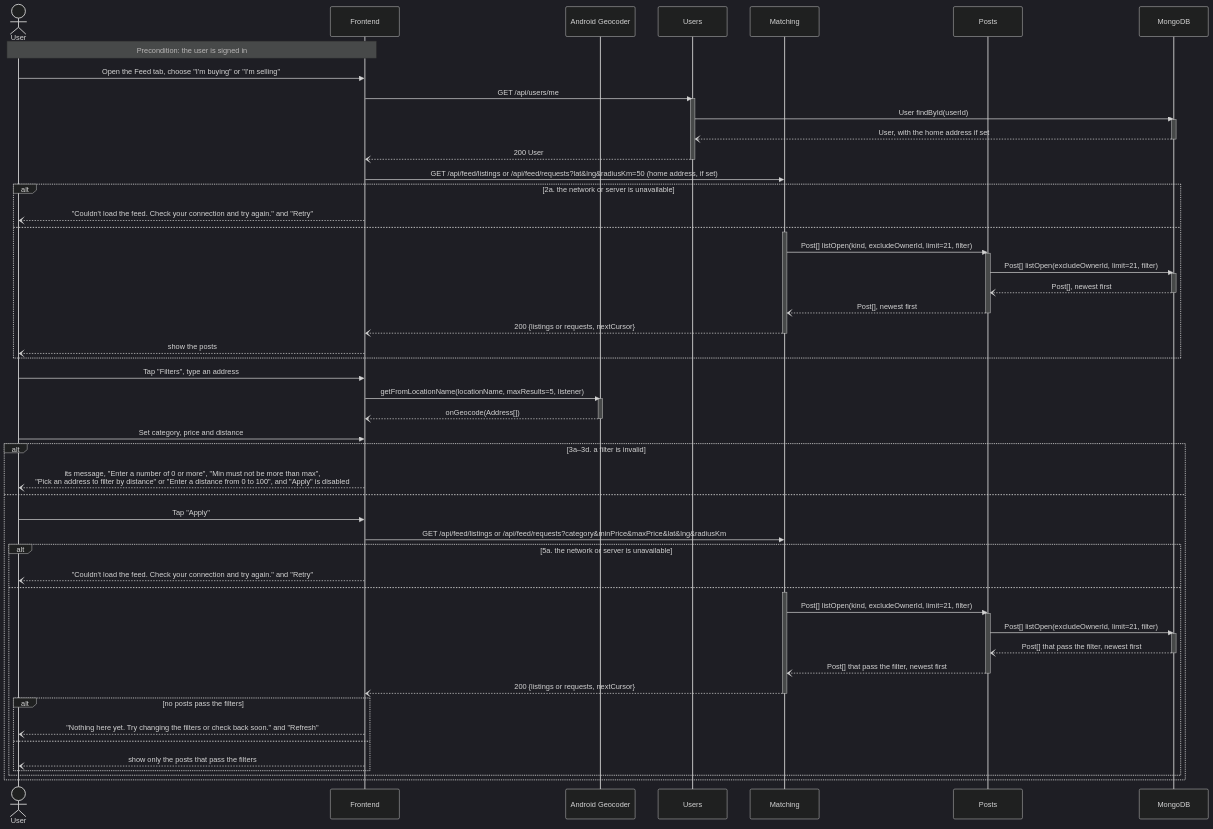
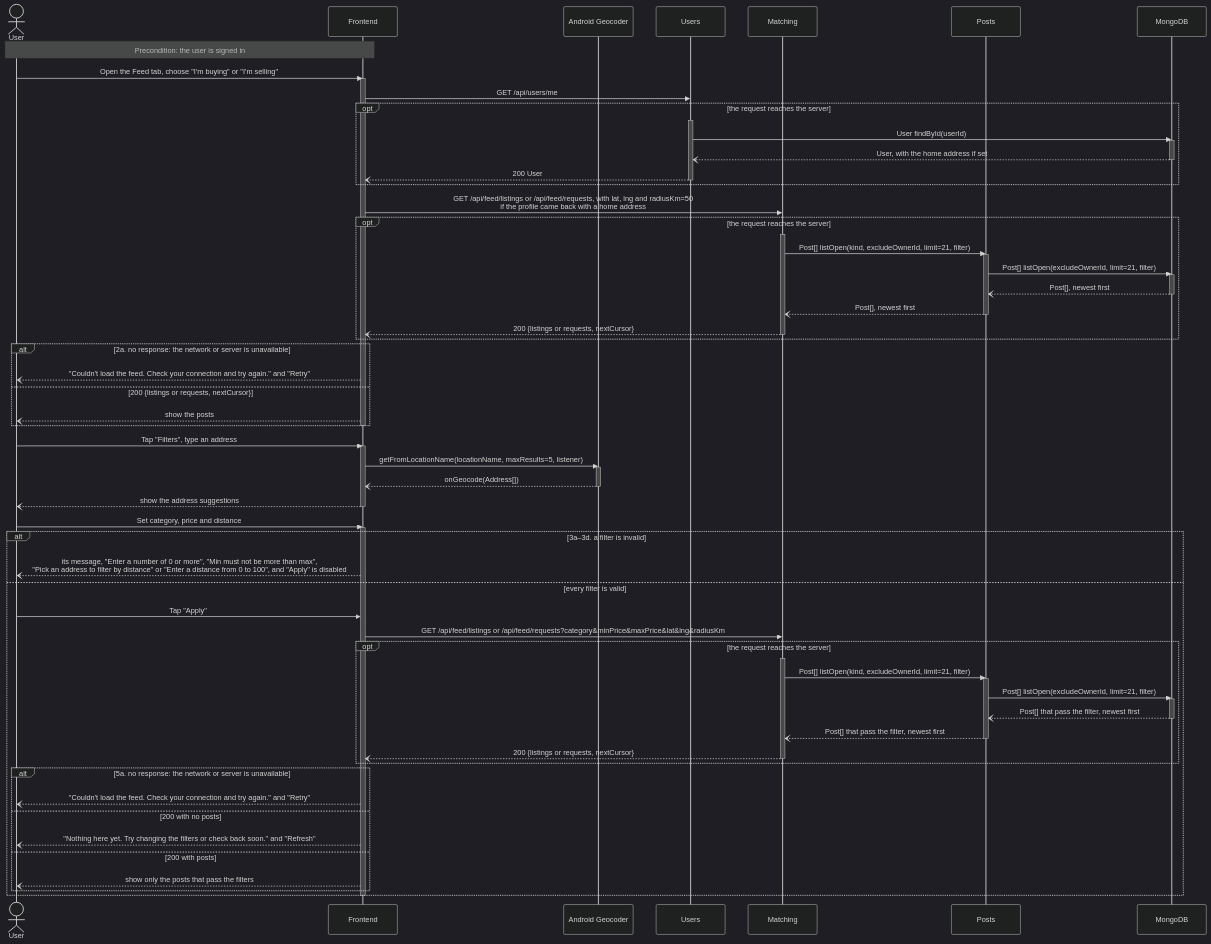
Before and after one commit to m1lun/MatchMarket: the sixth of 6 diagrams in documentation/Requirements_and_Design.md, drawn with Mermaid (dark theme). The commit also changed other lines of this file and 12 other files, not shown here.

````diff
--- a/documentation/Requirements_and_Design.md
+++ b/documentation/Requirements_and_Design.md
@@ -991,69 +1040,80 @@
 ```mermaid
 sequenceDiagram
     actor U as User
     participant FE as Frontend
     participant GEO as Android Geocoder
     participant UA as Users
     participant M as Matching
     participant P as Posts
     participant DB as MongoDB
     Note over U,FE: Precondition: the user is signed in
     U->>FE: Open the Feed tab, choose "I'm buying" or "I'm selling"
+    activate FE
     FE->>UA: GET /api/users/me
-    activate UA
-    UA->>DB: User findById(userId)
-    activate DB
-    DB--)UA: User, with the home address if set
-    deactivate DB
-    UA--)FE: 200 User
-    deactivate UA
-    FE->>M: GET /api/feed/listings or /api/feed/requests?lat&lng&radiusKm=50 (home address, if set)
-    alt 2a. the network or server is unavailable
-        FE--)U: "Couldn't load the feed. Check your connection and try again." and "Retry"
-    else
+    opt the request reaches the server
+        activate UA
+        UA->>DB: User findById(userId)
+        activate DB
+        DB--)UA: User, with the home address if set
+        deactivate DB
+        UA--)FE: 200 User
+        deactivate UA
+    end
+    FE->>M: GET /api/feed/listings or /api/feed/requests, with lat, lng and radiusKm=50<br/>if the profile came back with a home address
+    opt the request reaches the server
         activate M
         M->>P: Post[] listOpen(kind, excludeOwnerId, limit=21, filter)
         activate P
         P->>DB: Post[] listOpen(excludeOwnerId, limit=21, filter)
         activate DB
         DB--)P: Post[], newest first
         deactivate DB
         P--)M: Post[], newest first
         deactivate P
         M--)FE: 200 {listings or requests, nextCursor}
         deactivate M
+    end
+    alt 2a. no response: the network or server is unavailable
+        FE--)U: "Couldn't load the feed. Check your connection and try again." and "Retry"
+    else 200 {listings or requests, nextCursor}
         FE--)U: show the posts
     end
+    deactivate FE
     U->>FE: Tap "Filters", type an address
+    activate FE
     FE->>GEO: getFromLocationName(locationName, maxResults=5, listener)
     activate GEO
     GEO--)FE: onGeocode(Address[])
     deactivate GEO
+    FE--)U: show the address suggestions
+    deactivate FE
     U->>FE: Set category, price and distance
+    activate FE
     alt 3a–3d. a filter is invalid
         FE--)U: its message, "Enter a number of 0 or more", "Min must not be more than max",<br/>"Pick an address to filter by distance" or "Enter a distance from 0 to 100", and "Apply" is disabled
-    else
+    else every filter is valid
         U->>FE: Tap "Apply"
         FE->>M: GET /api/feed/listings or /api/feed/requests?category&minPrice&maxPrice&lat&lng&radiusKm
-        alt 5a. the network or server is unavailable
-            FE--)U: "Couldn't load the feed. Check your connection and try again." and "Retry"
-        else
+        opt the request reaches the server
             activate M
             M->>P: Post[] listOpen(kind, excludeOwnerId, limit=21, filter)
             activate P
             P->>DB: Post[] listOpen(excludeOwnerId, limit=21, filter)
             activate DB
             DB--)P: Post[] that pass the filter, newest first
             deactivate DB
             P--)M: Post[] that pass the filter, newest first
             deactivate P
             M--)FE: 200 {listings or requests, nextCursor}
             deactivate M
-            alt no posts pass the filters
-                FE--)U: "Nothing here yet. Try changing the filters or check back soon." and "Refresh"
-            else
-                FE--)U: show only the posts that pass the filters
-            end
+        end
+        alt 5a. no response: the network or server is unavailable
+            FE--)U: "Couldn't load the feed. Check your connection and try again." and "Retry"
+        else 200 with no posts
+            FE--)U: "Nothing here yet. Try changing the filters or check back soon." and "Refresh"
+        else 200 with posts
+            FE--)U: show only the posts that pass the filters
         end
     end
+    deactivate FE
 ```
````
